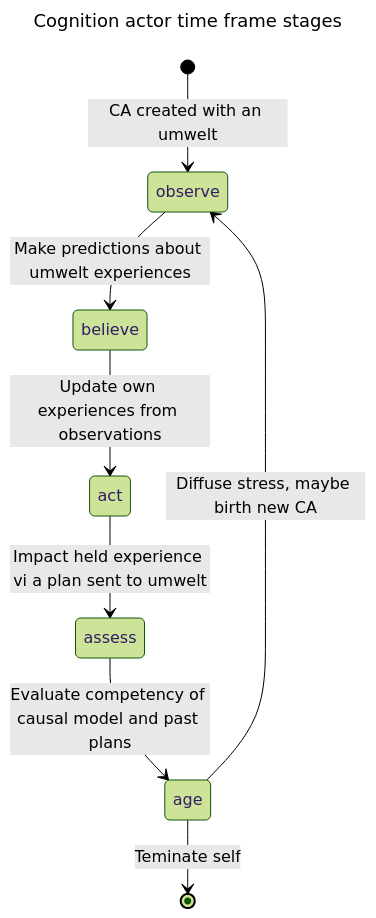
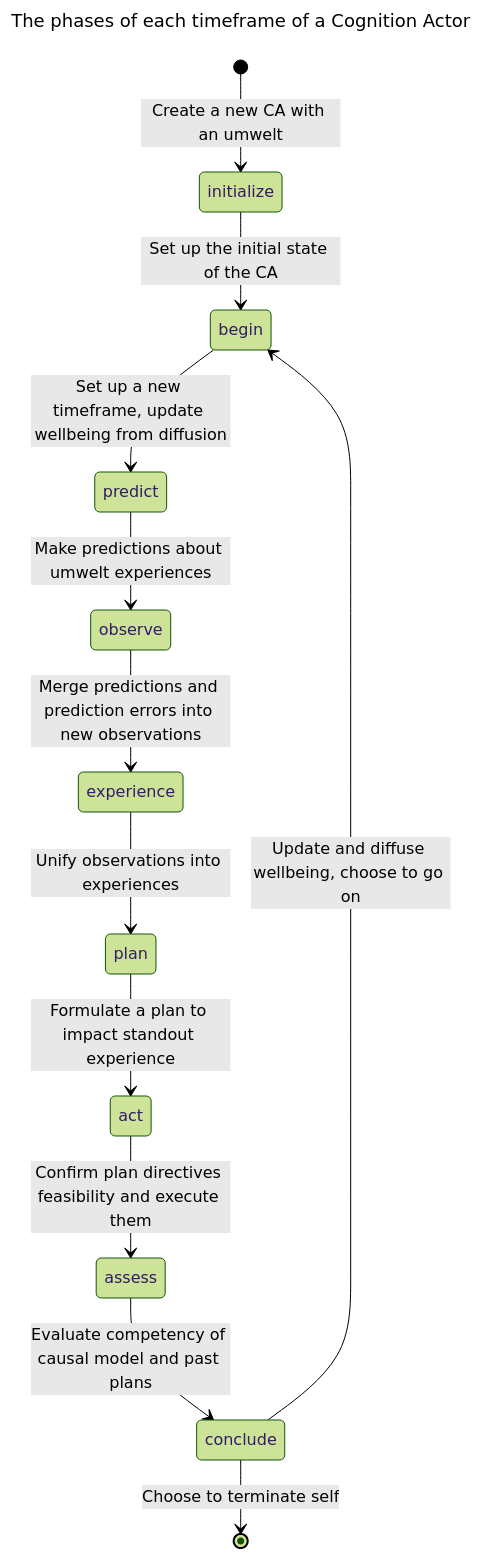
Before and after one commit to jfcloutier/karma_system: the diagram in design_notes/cognition_actors.md, drawn with Mermaid (forest theme). The commit also changed other lines of this file, not shown here.

````diff
--- a/design_notes/cognition_actors.md
+++ b/design_notes/cognition_actors.md
@@ -130,14 +134,17 @@
 ```mermaid
 ---
-title: Cognition actor time frame stages
+title: The phases of each timeframe of a Cognition Actor
 ---
 stateDiagram-v2
-    [*] --> observe: CA created with an umwelt
-
-    observe --> believe: Make predictions about umwelt experiences
-    believe --> act: Update own experiences from observations
-    act --> assess: Impact held experience vi a plan sent to umwelt
-    assess --> age: Evaluate competency of causal model and past plans
-    age --> observe: Diffuse stress, maybe birth new CA
-    age --> [*]: Teminate self
+    [*] --> initialize: Create a new CA with an umwelt
+    initialize --> begin: Set up the initial state of the CA
+    begin --> predict: Set up a new timeframe, update wellbeing from diffusion
+    predict --> observe: Make predictions about umwelt experiences
+    observe --> experience: Merge predictions and prediction errors into new observations
+    experience --> plan: Unify observations into experiences
+    plan --> act: Formulate a plan to impact standout experience
+    act --> assess: Confirm plan directives feasibility and execute them
+    assess --> conclude: Evaluate competency of causal model and past plans
+    conclude --> begin: Update and diffuse wellbeing, choose to go on
+    conclude --> [*]: Choose to terminate self
 ```
````
